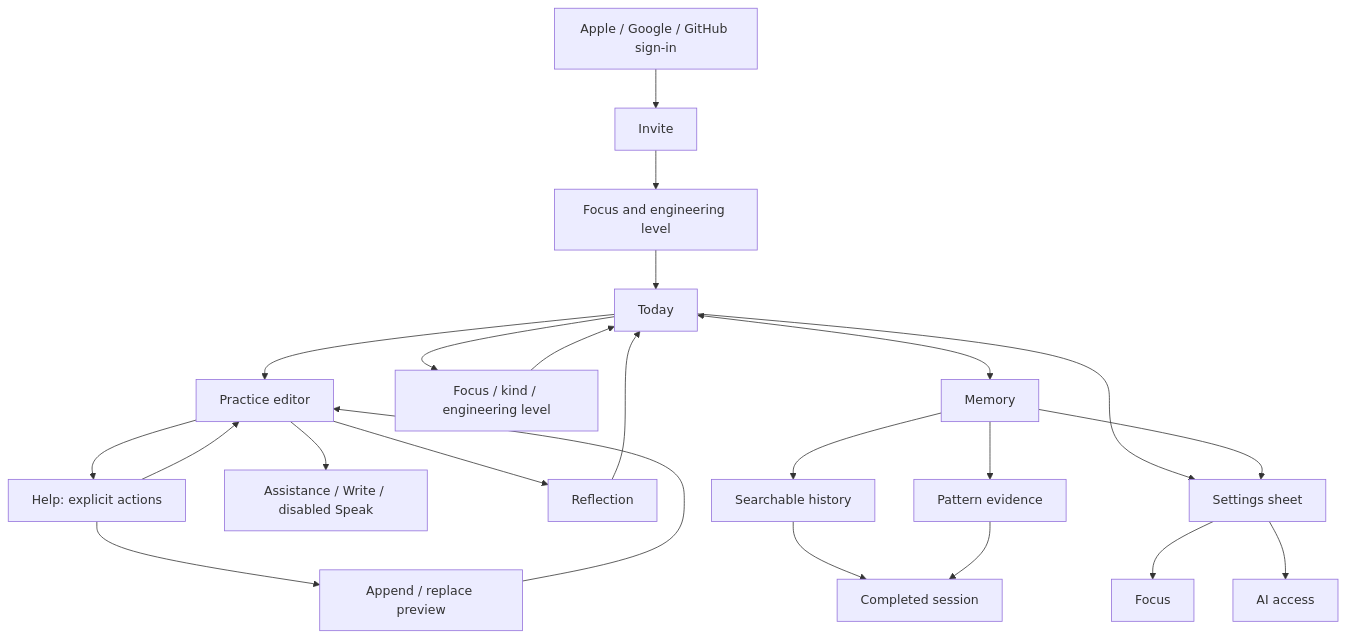
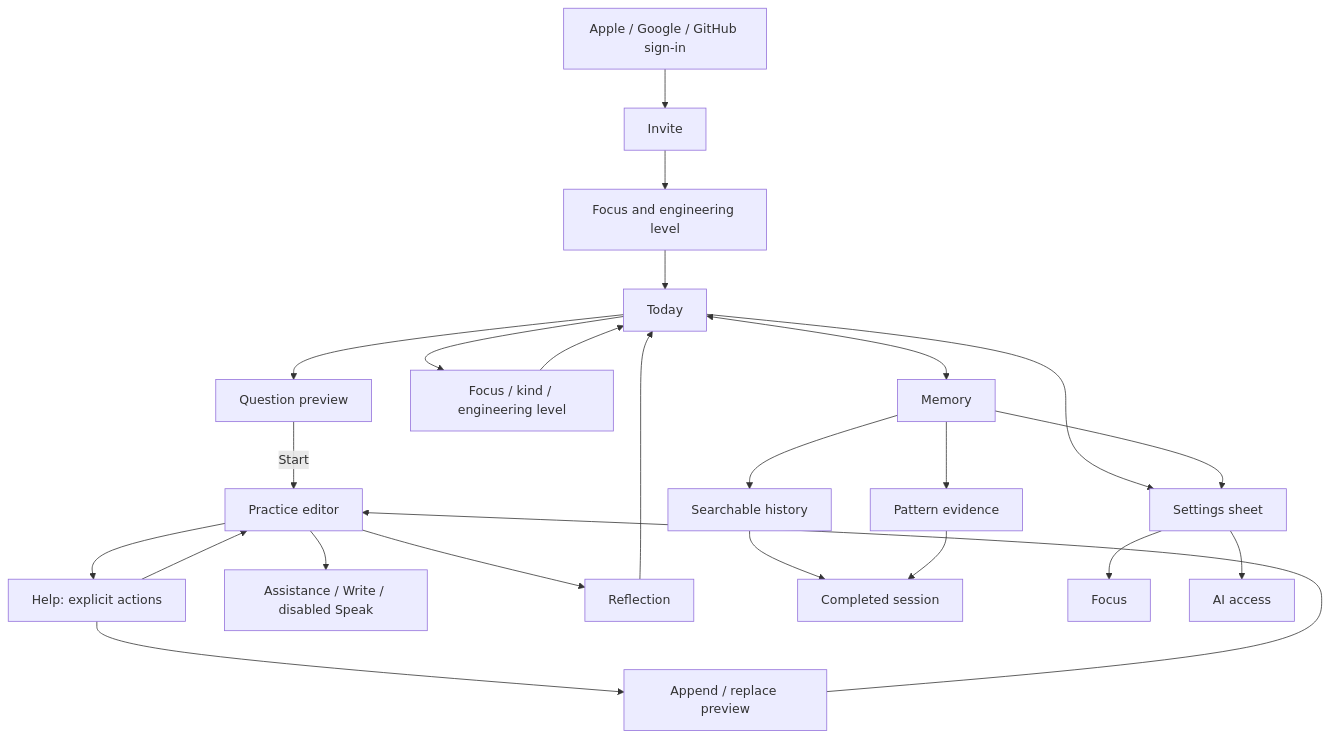
Before and after one commit to dawi369/drillbit: the diagram in docs/architecture.md, drawn with Mermaid. The commit also changed other lines of this file and 11 other files, not shown here.

````diff
--- a/docs/architecture.md
+++ b/docs/architecture.md
@@ -9,25 +9,26 @@
 ```mermaid
 flowchart TD
   Auth[Apple / Google / GitHub sign-in] --> Invite[Invite]
   Invite --> Setup[Focus and engineering level]
   Setup --> Today[Today]
-  Today --> Practice[Practice editor]
+  Today --> PreviewQuestion[Question preview]
+  PreviewQuestion -->|Start| Practice[Practice editor]
   Today --> Prepare[Focus / kind / engineering level]
   Prepare --> Today
   Practice --> Help[Help: explicit actions]
   Help --> Preview[Append / replace preview]
   Preview --> Practice
   Help --> Practice
   Practice --> Options[Assistance / Write / disabled Speak]
   Practice --> Reflection[Reflection]
   Reflection --> Today
   Today <--> Memory[Memory]
   Memory --> History[Searchable history]
   Memory --> Evidence[Pattern evidence]
   History --> Detail[Completed session]
   Evidence --> Detail
   Today --> Settings[Settings sheet]
   Memory --> Settings
   Settings --> Focus[Focus]
   Settings --> AI[AI access]
 ```
````
